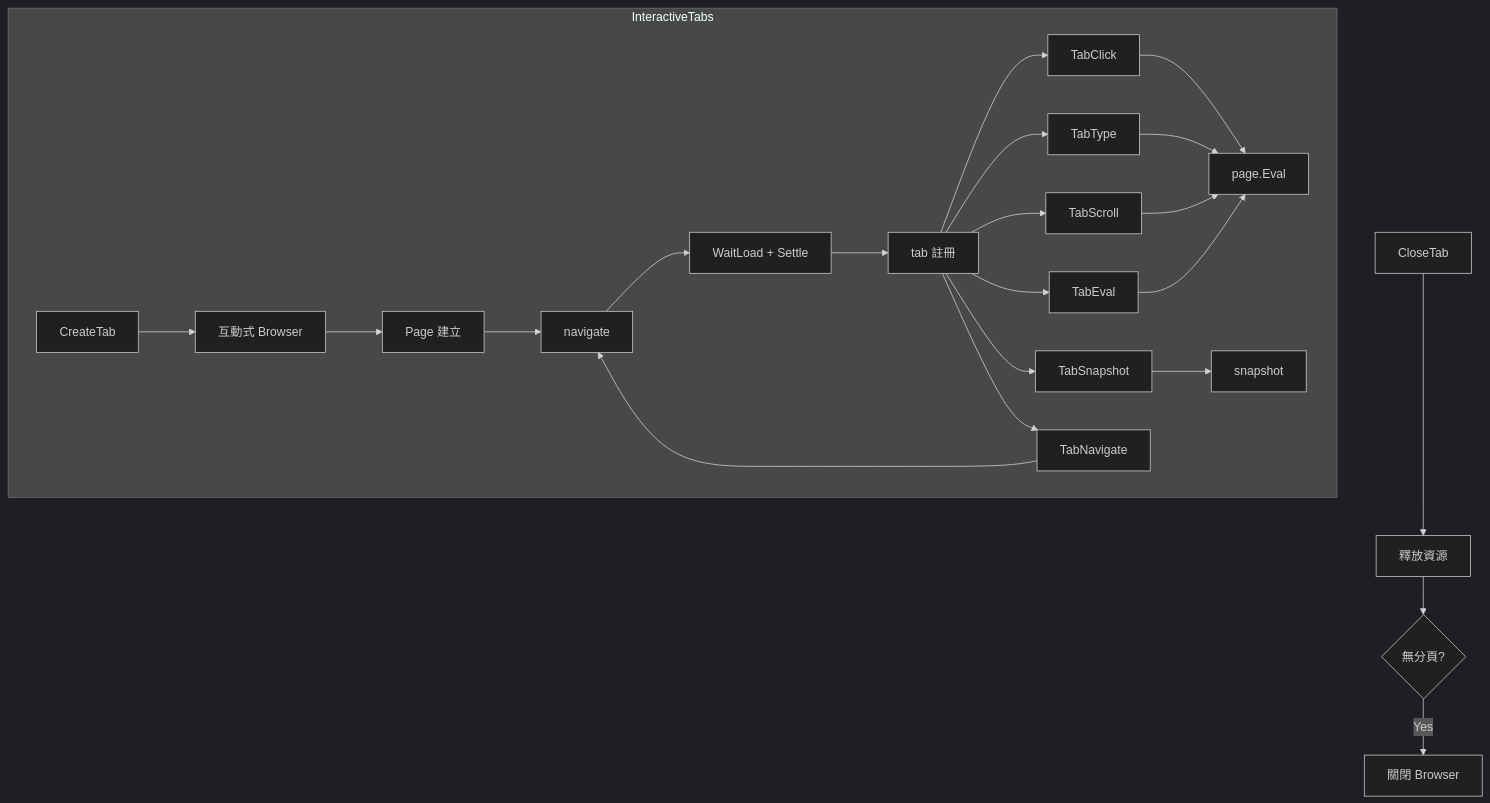
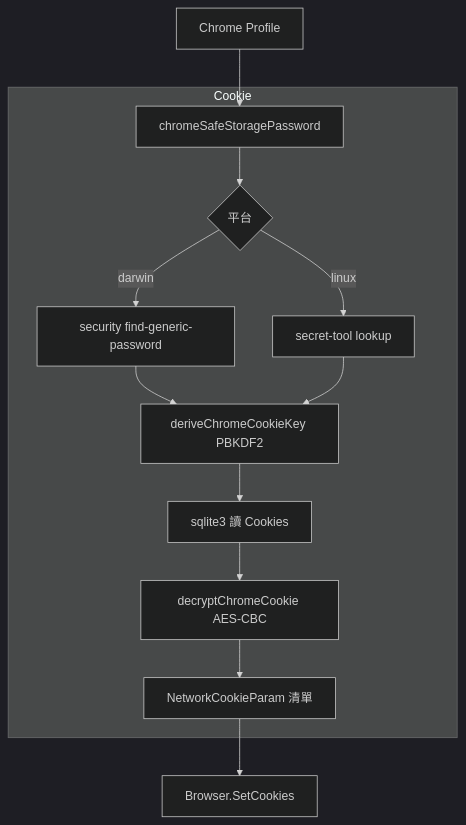
Before and after one commit to pardnchiu/go-browser: the fourth of 7 diagrams in doc/architecture.zh.md, drawn with Mermaid (dark theme). The commit also changed other lines of this file and 5 other files, not shown here.

````diff
--- a/doc/architecture.zh.md
+++ b/doc/architecture.zh.md
@@ -91,25 +86,15 @@
 ```mermaid
 graph TB
-    subgraph InteractiveTabs
-        A[CreateTab] --> B[互動式 Browser]
-        B --> C[Page 建立]
-        C --> D[navigate]
-        D --> E[WaitLoad + Settle]
-        E --> F[tab 註冊]
-        F --> G[TabClick]
-        F --> H[TabType]
-        F --> I[TabScroll]
-        F --> J[TabEval]
-        F --> K[TabSnapshot]
-        F --> L[TabNavigate]
-        G --> M[page.Eval]
-        H --> M
-        I --> M
-        J --> M
-        K --> N[snapshot]
-        L --> D
+    subgraph Cookie
+        A[chromeSafeStoragePassword] --> B{平台}
+        B -->|darwin| C[security find-generic-password]
+        B -->|linux| D[secret-tool lookup]
+        C --> E[deriveChromeCookieKey PBKDF2]
+        D --> E
+        E --> F[sqlite3 讀 Cookies]
+        F --> G[decryptChromeCookie AES-CBC]
+        G --> H[NetworkCookieParam 清單]
     end
-    O[CloseTab] --> P[釋放資源]
-    P --> Q{無分頁?}
-    Q -->|Yes| R[關閉 Browser]
+    External[Chrome Profile] --> A
+    H --> Inject[Browser.SetCookies]
 ```
````
